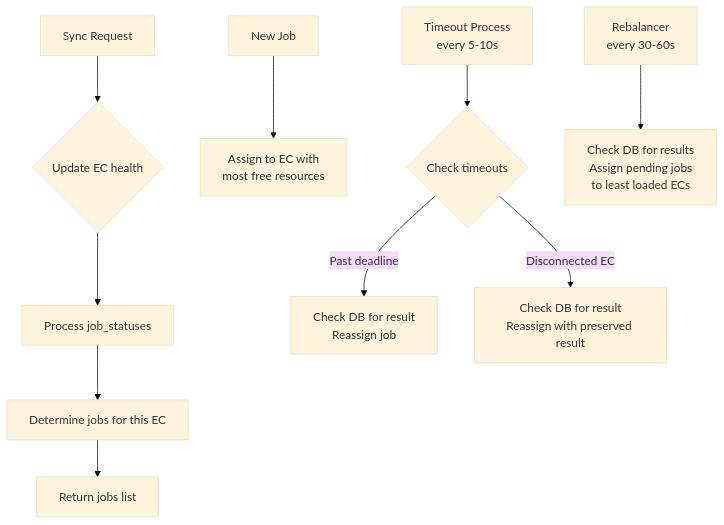
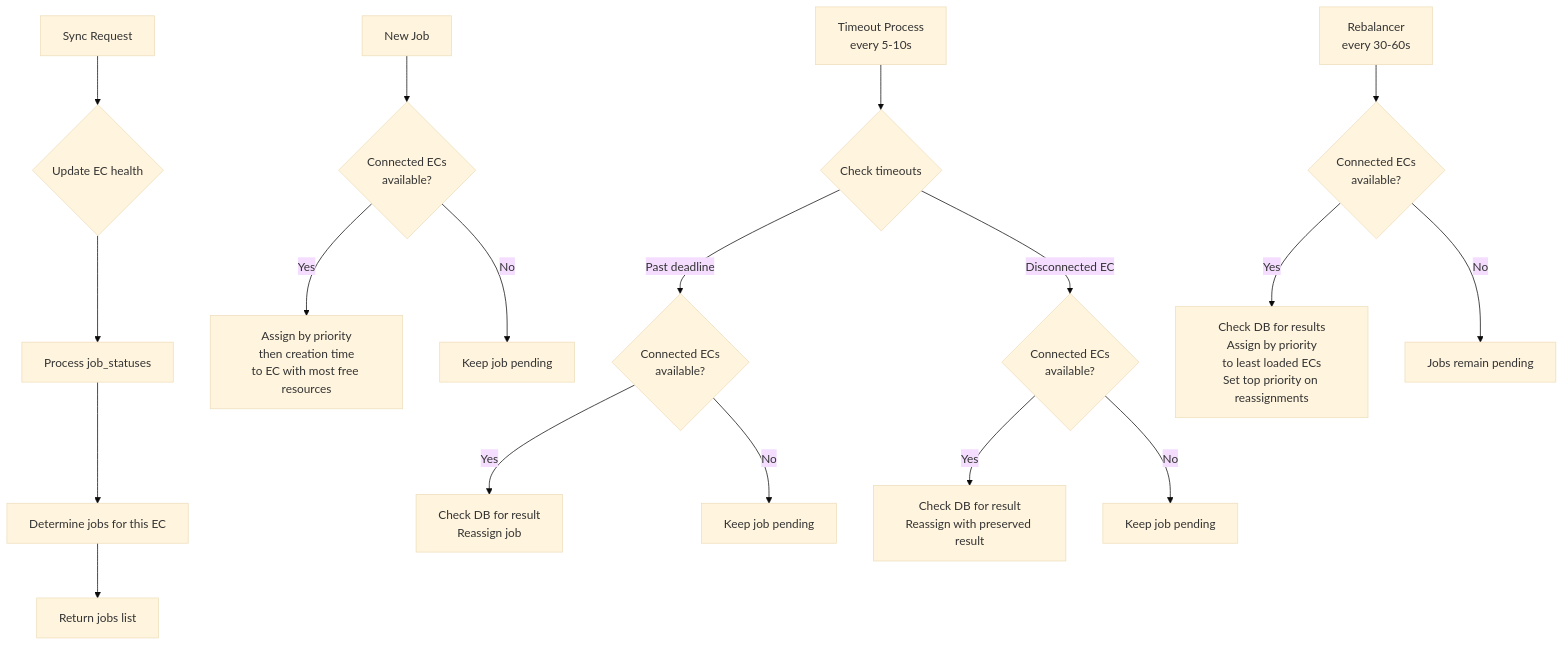
Before and after one commit to UrKr/woshichart: the first of 2 diagrams in ES_JOB_MANAGEMENT.md, drawn with Mermaid (base theme). The commit also changed other lines of this file, not shown here.

````diff
--- a/ES_JOB_MANAGEMENT.md
+++ b/ES_JOB_MANAGEMENT.md
@@ -14,15 +14,23 @@
 ```mermaid
 flowchart TD
     A[Sync Request] --> B{Update EC health}
     B --> C[Process job_statuses]
     C --> D[Determine jobs for this EC]
     D --> E[Return jobs list]
     
-    F[New Job] --> G[Assign to EC with<br/>most free resources]
+    F[New Job] --> G{Connected ECs<br/>available?}
+    G -->|Yes| H[Assign by priority<br/>then creation time<br/>to EC with most free resources]
+    G -->|No| I[Keep job pending]
     
-    H[Timeout Process<br/>every 5-10s] --> I{Check timeouts}
-    I -->|Past deadline| J[Check DB for result<br/>Reassign job]
-    I -->|Disconnected EC| K[Check DB for result<br/>Reassign with preserved result]
+    J[Timeout Process<br/>every 5-10s] --> K{Check timeouts}
+    K -->|Past deadline| L{Connected ECs<br/>available?}
+    L -->|Yes| M[Check DB for result<br/>Reassign job]
+    L -->|No| N[Keep job pending]
+    K -->|Disconnected EC| O{Connected ECs<br/>available?}
+    O -->|Yes| P[Check DB for result<br/>Reassign with preserved result]
+    O -->|No| Q[Keep job pending]
     
-    L[Rebalancer<br/>every 30-60s] --> M[Check DB for results<br/>Assign pending jobs<br/>to least loaded ECs]
+    R[Rebalancer<br/>every 30-60s] --> S{Connected ECs<br/>available?}
+    S -->|Yes| T[Check DB for results<br/>Assign by priority<br/>to least loaded ECs<br/>Set top priority on reassignments]
+    S -->|No| U[Jobs remain pending]
 ```
````
